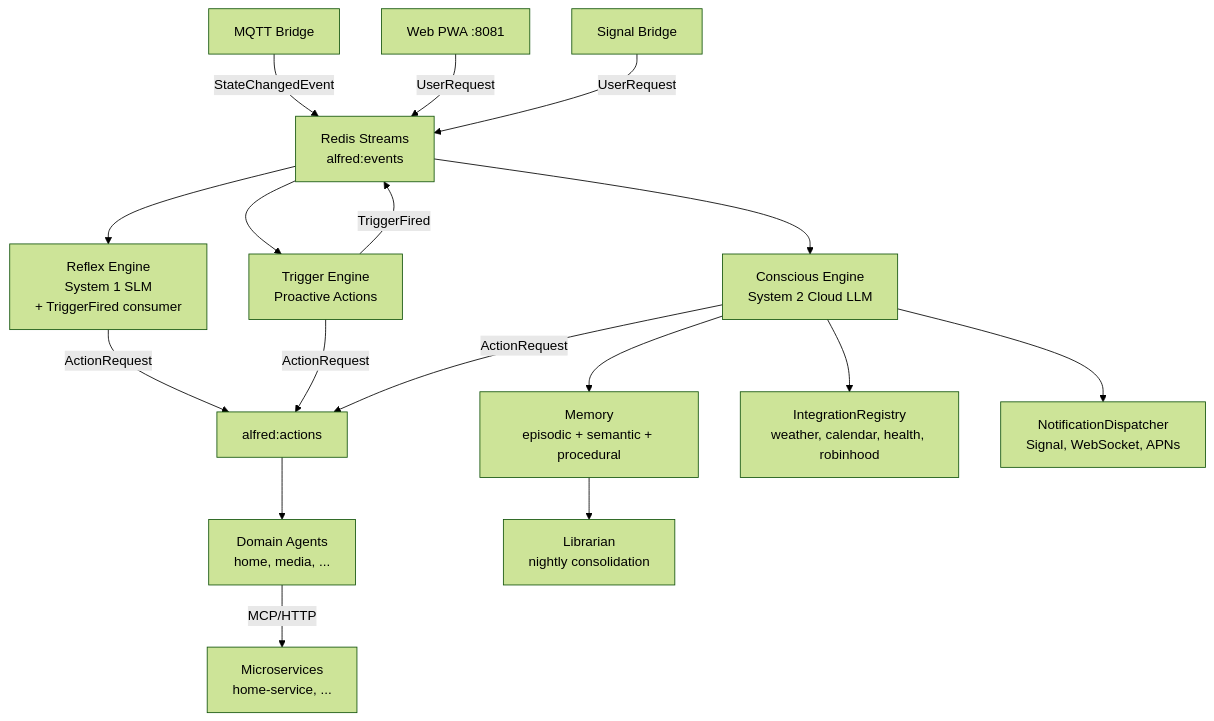
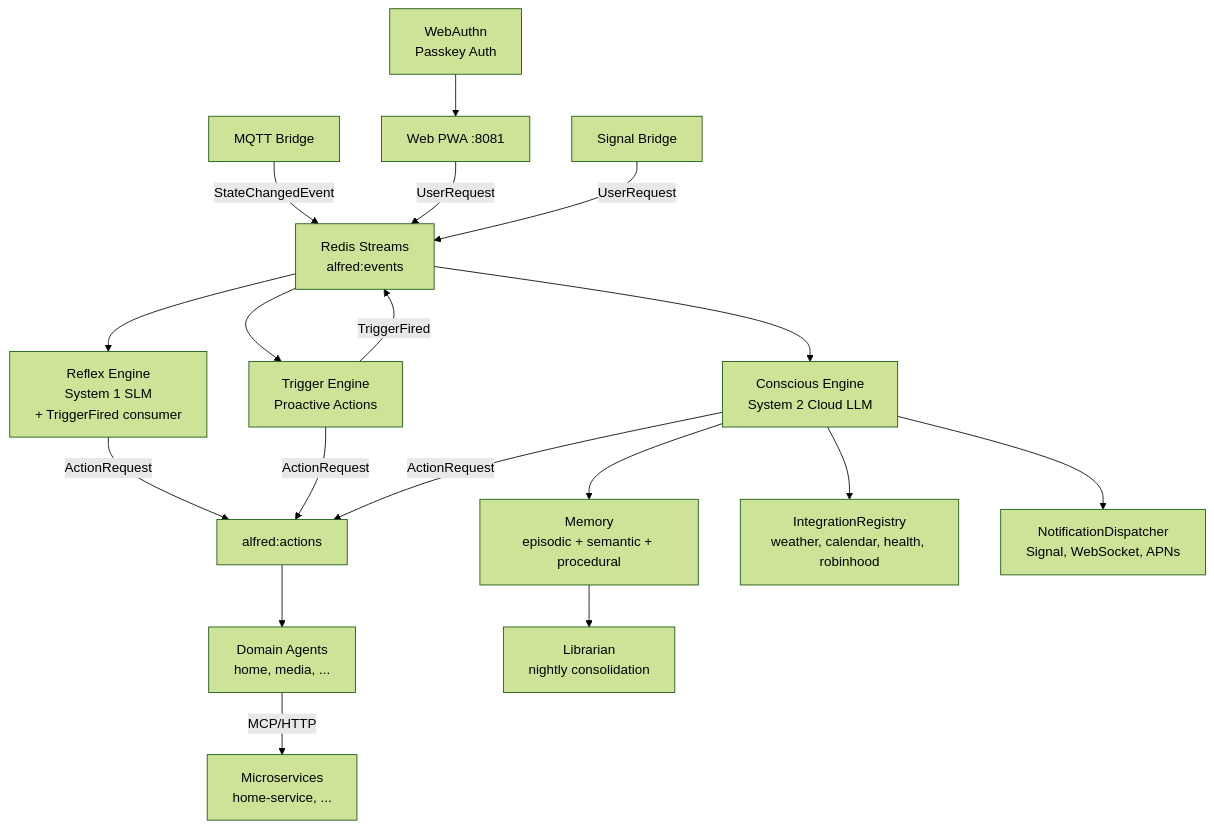
One commit to anirudhlath/alfred changed the diagram in CLAUDE.md. Above: the diagram before and after it, drawn with Mermaid (forest theme). The commit also changed other lines of this file, not shown here.

Commit message:
docs(d1): update CLAUDE.md with WebAuthn paths, gotchas, and architecture

````diff
--- a/CLAUDE.md
+++ b/CLAUDE.md
@@ -116,19 +122,20 @@
 ```mermaid
 graph TD
     MQTT[MQTT Bridge] -->|StateChangedEvent| Bus[Redis Streams<br/>alfred:events]
     Bus --> Reflex[Reflex Engine<br/>System 1 SLM<br/>+ TriggerFired consumer]
     Bus --> Triggers[Trigger Engine<br/>Proactive Actions]
     Bus --> Conscious[Conscious Engine<br/>System 2 Cloud LLM]
     Reflex -->|ActionRequest| Actions[alfred:actions]
     Triggers -->|ActionRequest| Actions
     Triggers -->|TriggerFired| Bus
     Conscious -->|ActionRequest| Actions
     Actions --> Agents[Domain Agents<br/>home, media, ...]
     Agents -->|MCP/HTTP| Services[Microservices<br/>home-service, ...]
     Conscious --> Memory[Memory<br/>episodic + semantic + procedural]
     Conscious --> Integrations[IntegrationRegistry<br/>weather, calendar, health, robinhood]
     Conscious --> Notify[NotificationDispatcher<br/>Signal, WebSocket, APNs]
     Memory --> Librarian[Librarian<br/>nightly consolidation]
+    WebAuthn[WebAuthn<br/>Passkey Auth] --> WebChannel
     WebChannel[Web PWA :8081] -->|UserRequest| Bus
     Signal[Signal Bridge] -->|UserRequest| Bus
 ```
````
